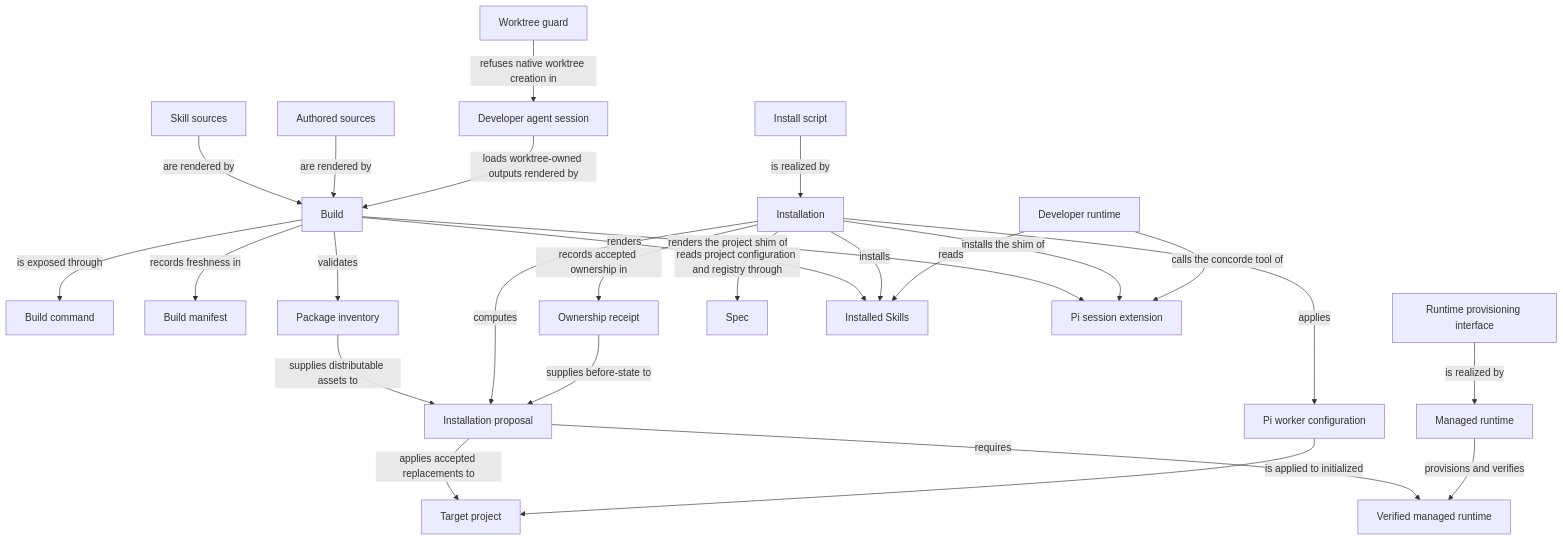
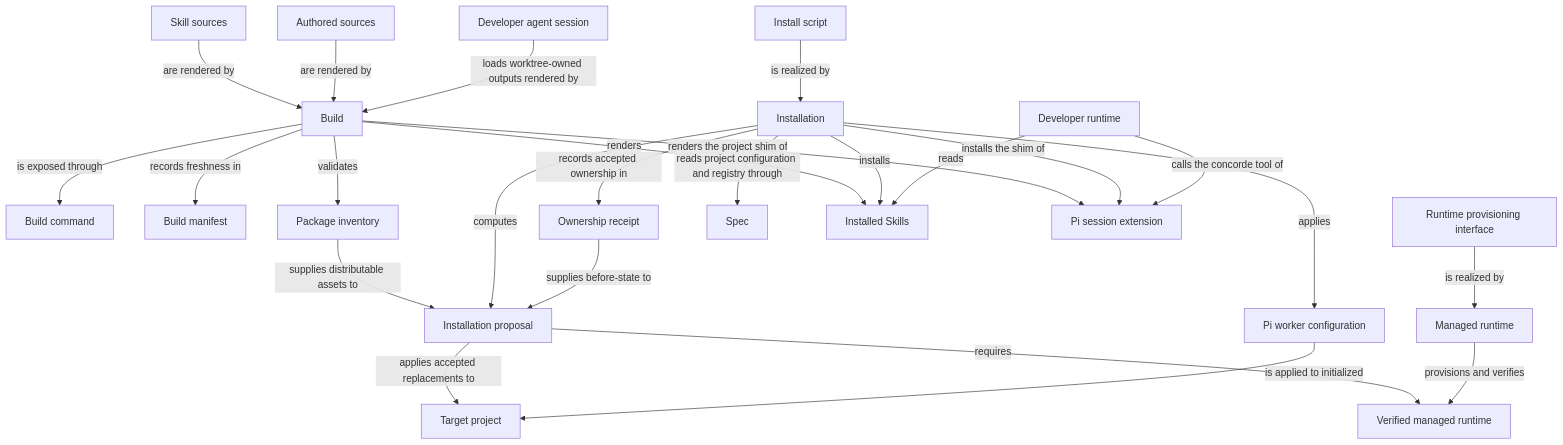
The diagram in specs/concorde/distribution/module.md (FTOD/concorde), drawn with Mermaid before and after one commit. The commit also changed other lines of this file and 66 other files, not shown here.

````diff
--- a/specs/concorde/distribution/module.md
+++ b/specs/concorde/distribution/module.md
@@ -116,51 +116,49 @@
 ```mermaid
 flowchart TB
     accTitle: Distribution entities and relationships
-    accDescr: Build renders Authored sources and Skill sources, records freshness in the Build manifest and validates the Package inventory. Installation installs rendered Skills, or the shim of the Pi session extension, for the external Developer runtime, applies receipt-owned proposals to the Target project and reads configuration through Spec. Managed runtime provisions the Verified managed runtime. In this source checkout the Worktree guard constrains the Developer agent session.
+    accDescr: Build renders Authored sources and Skill sources, records freshness in the Build manifest and validates the Package inventory. Installation installs rendered Skills, or the shim of the Pi session extension, for the external Developer runtime, applies receipt-owned proposals to the Target project and reads configuration through Spec. Managed runtime provisions the Verified managed runtime. The Developer agent session loads the projections its own worktree's build rendered.
     authored["Authored sources"]
     build["Build"]
     buildCmd["Build command"]
     manifest["Build manifest"]
     inventory["Package inventory"]
     installScript["Install script"]
     installation["Installation"]
     proposal["Installation proposal"]
     receipt["Ownership receipt"]
     target["Target project"]
     config["Pi worker configuration"]
     runtimeIface["Runtime provisioning interface"]
     managedRuntime["Managed runtime"]
     verifiedRuntime["Verified managed runtime"]
-    guard["Worktree guard"]
     session["Developer agent session"]
     spec["Spec"]
     skillSources["Skill sources"]
     installedSkills["Installed Skills"]
     piSession["Pi session extension"]
     developerRuntime["Developer runtime"]
     skillSources -->|are rendered by| build
     build -->|renders| installedSkills
     build -->|renders the project shim of| piSession
     installation -->|installs| installedSkills
     installation -->|installs the shim of| piSession
     developerRuntime -->|reads| installedSkills
     developerRuntime -->|calls the concorde tool of| piSession
     authored -->|are rendered by| build
     build -->|is exposed through| buildCmd
     build -->|records freshness in| manifest
     build -->|validates| inventory
     inventory -->|supplies distributable assets to| proposal
     installScript -->|is realized by| installation
     installation -->|computes| proposal
     receipt -->|supplies before-state to| proposal
     proposal -->|applies accepted replacements to| target
     proposal -->|requires| verifiedRuntime
     installation -->|records accepted ownership in| receipt
     installation -->|applies| config
     config -->|is applied to initialized| target
     runtimeIface -->|is realized by| managedRuntime
     managedRuntime -->|provisions and verifies| verifiedRuntime
     installation -->|reads project configuration and registry through| spec
     session -->|loads worktree-owned outputs rendered by| build
-    guard -->|refuses native worktree creation in| session
 ```
````
